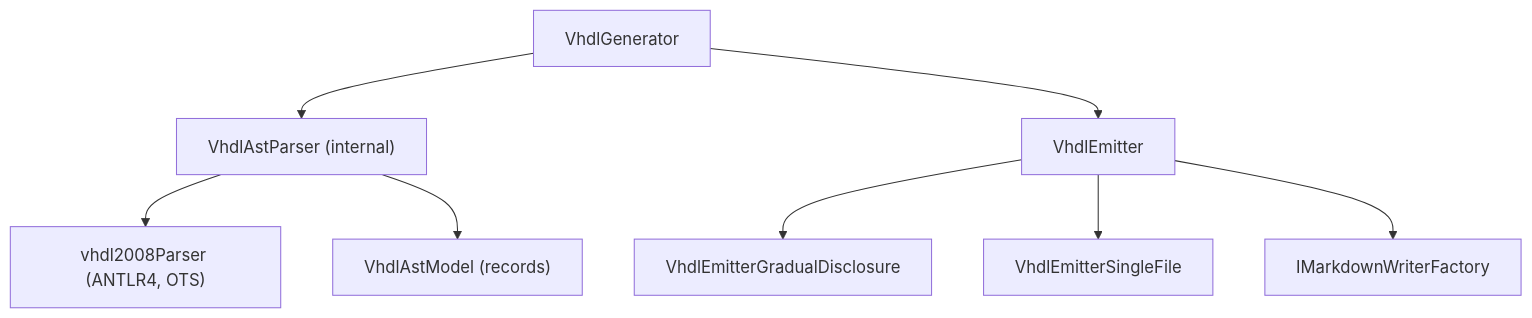
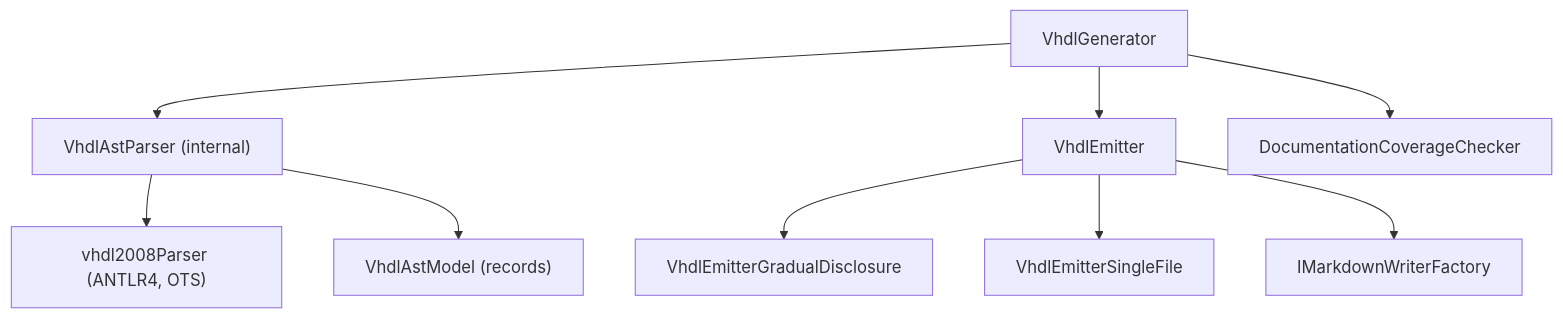
One commit to demaconsulting/ApiMark changed the diagram in docs/design/api-mark-vhdl.md. Above: the diagram before and after it, drawn with Mermaid. The commit also changed other lines of this file and 95 other files, not shown here.

First line of the commit message:
Enhance API documentation coverage enforcement for .NET, C++, and VHDL (#36)

````diff
--- a/docs/design/api-mark-vhdl.md
+++ b/docs/design/api-mark-vhdl.md
@@ -35,10 +45,11 @@
 ```mermaid
 flowchart TD
     VhdlGenerator --> VhdlAstParser["VhdlAstParser (internal)"]
     VhdlGenerator --> VhdlEmitter
     VhdlAstParser --> vhdl2008Parser["vhdl2008Parser (ANTLR4, OTS)"]
     VhdlAstParser --> VhdlAstModel["VhdlAstModel (records)"]
     VhdlEmitter --> VhdlEmitterGradualDisclosure
     VhdlEmitter --> VhdlEmitterSingleFile
     VhdlEmitter --> IMarkdownWriterFactory
+    VhdlGenerator --> DocumentationCoverageChecker
 ```
````
